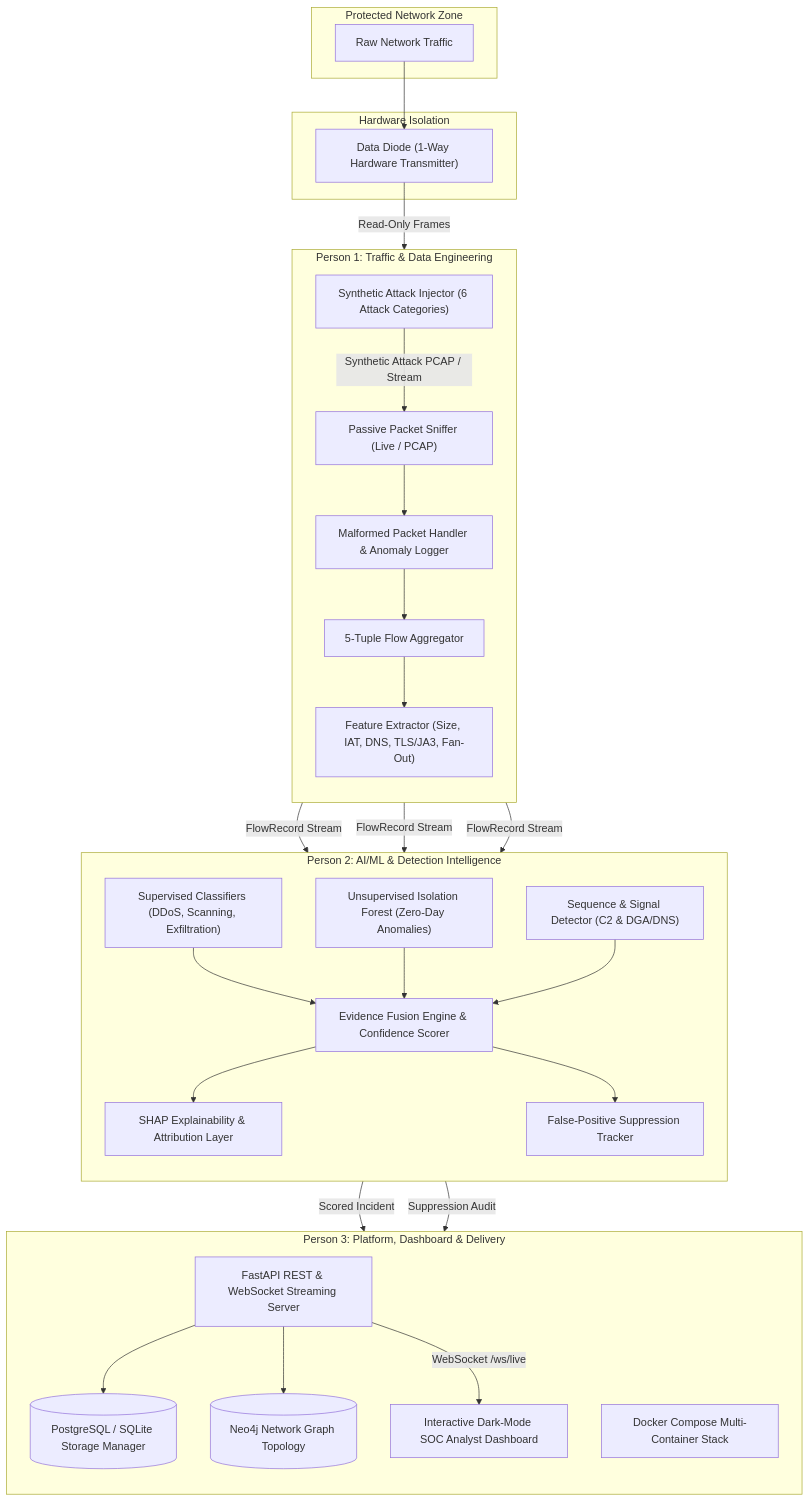
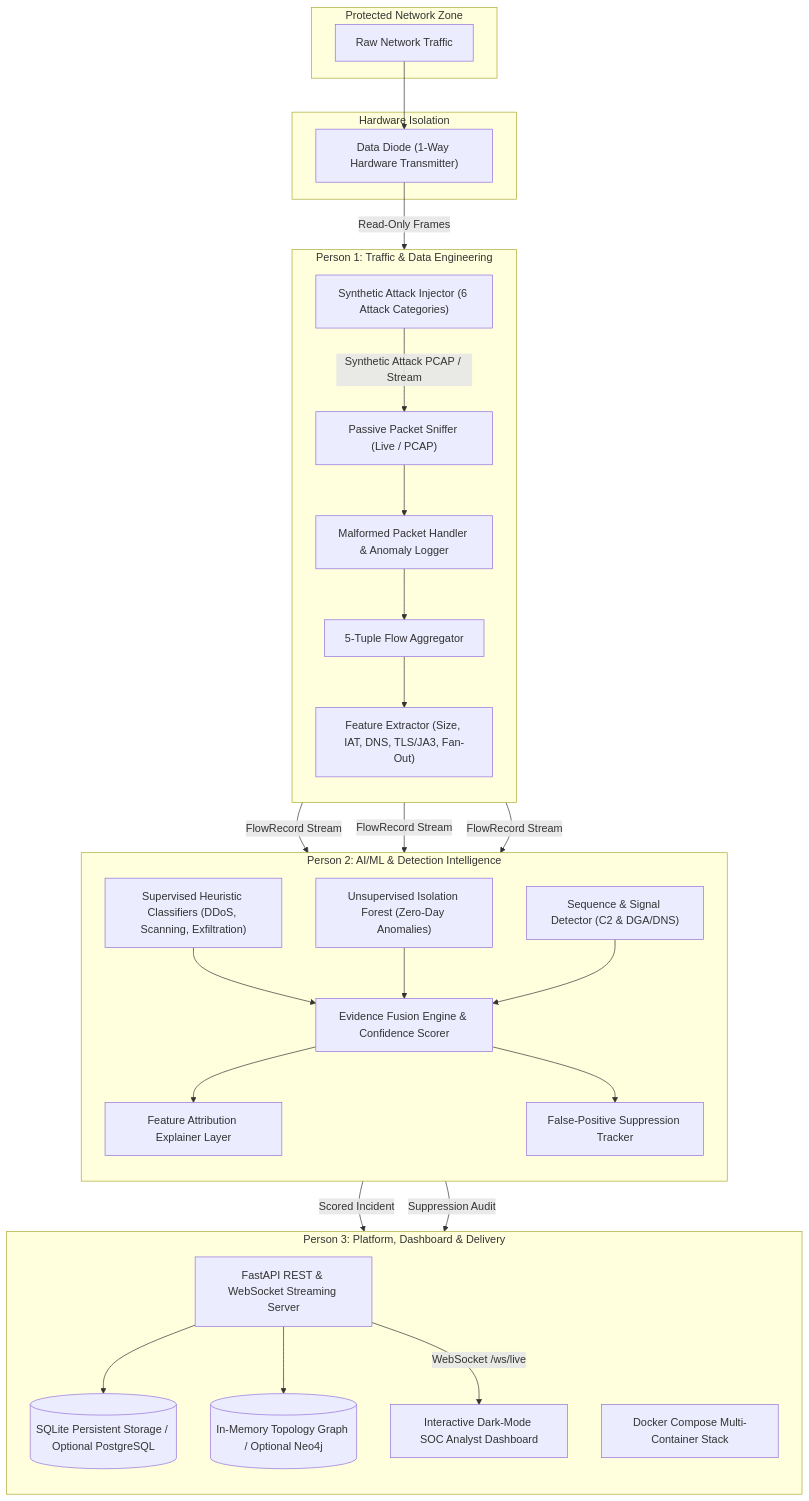
One commit to nayefsiddique-eng/Uni-Directional-IP changed the diagram in README.md. Above: the diagram before and after it, drawn with Mermaid. The commit also changed other lines of this file and 14 other files, not shown here.

Commit message:
fix: resolve flow aggregator fan-out IP lookup and attack injector timing jitter

````diff
--- a/README.md
+++ b/README.md
@@ -21,64 +21,64 @@
 ```mermaid
 flowchart TD
     subgraph ProtectedNetwork["Protected Network Zone"]
         PN[Raw Network Traffic]
     end
 
     subgraph HardwareDiode["Hardware Isolation"]
         DD["Data Diode (1-Way Hardware Transmitter)"]
     end
 
     subgraph Person1["Person 1: Traffic & Data Engineering"]
         direction TB
         PS["Passive Packet Sniffer (Live / PCAP)"]
         MH["Malformed Packet Handler & Anomaly Logger"]
         FA["5-Tuple Flow Aggregator"]
         FE["Feature Extractor (Size, IAT, DNS, TLS/JA3, Fan-Out)"]
         SAI["Synthetic Attack Injector (6 Attack Categories)"]
     end
 
     subgraph Person2["Person 2: AI/ML & Detection Intelligence"]
         direction TB
-        SD["Supervised Classifiers (DDoS, Scanning, Exfiltration)"]
+        SD["Supervised Heuristic Classifiers (DDoS, Scanning, Exfiltration)"]
         UD["Unsupervised Isolation Forest (Zero-Day Anomalies)"]
         SEQ["Sequence & Signal Detector (C2 & DGA/DNS)"]
         EFE["Evidence Fusion Engine & Confidence Scorer"]
-        SHAP["SHAP Explainability & Attribution Layer"]
+        FAE["Feature Attribution Explainer Layer"]
         FPS["False-Positive Suppression Tracker"]
     end
 
     subgraph Person3["Person 3: Platform, Dashboard & Delivery"]
         direction TB
         API["FastAPI REST & WebSocket Streaming Server"]
-        DB[("PostgreSQL / SQLite Storage Manager")]
-        NEO[("Neo4j Network Graph Topology")]
+        DB[("SQLite Persistent Storage / Optional PostgreSQL")]
+        NEO[("In-Memory Topology Graph / Optional Neo4j")]
         DASH["Interactive Dark-Mode SOC Analyst Dashboard"]
         DC["Docker Compose Multi-Container Stack"]
     end
 
     PN --> DD
     DD -->|Read-Only Frames| PS
     SAI -->|Synthetic Attack PCAP / Stream| PS
     
     PS --> MH
     MH --> FA
     FA --> FE
     
     FE -->|FlowRecord Stream| SD
     FE -->|FlowRecord Stream| UD
     FE -->|FlowRecord Stream| SEQ
     
     SD --> EFE
     UD --> EFE
     SEQ --> EFE
     
-    EFE --> SHAP
+    EFE --> FAE
     EFE --> FPS
     
-    SHAP -->|Scored Incident| API
+    FAE -->|Scored Incident| API
     FPS -->|Suppression Audit| API
     
     API --> DB
     API --> NEO
     API -->|WebSocket /ws/live| DASH
 ```
````
